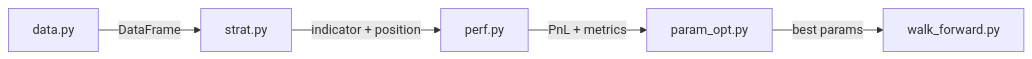
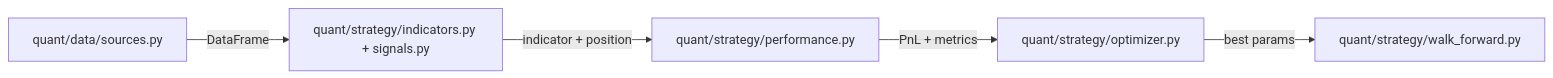
The diagram in docs/architecture/pipeline.md (alfred1123/Quant_Strategies), drawn with Mermaid before and after one commit. The commit also changed other lines of this file and 27 other files, not shown here.

````diff
--- a/docs/architecture/pipeline.md
+++ b/docs/architecture/pipeline.md
@@ -5,7 +5,7 @@
 ```mermaid
 graph LR
-    A[data.py] -->|DataFrame| B[strat.py]
-    B -->|indicator + position| C[perf.py]
-    C -->|PnL + metrics| D[param_opt.py]
-    D -->|best params| E[walk_forward.py]
+    A[quant/data/sources.py] -->|DataFrame| B[quant/strategy/indicators.py + signals.py]
+    B -->|indicator + position| C[quant/strategy/performance.py]
+    C -->|PnL + metrics| D[quant/strategy/optimizer.py]
+    D -->|best params| E[quant/strategy/walk_forward.py]
 ```
````
